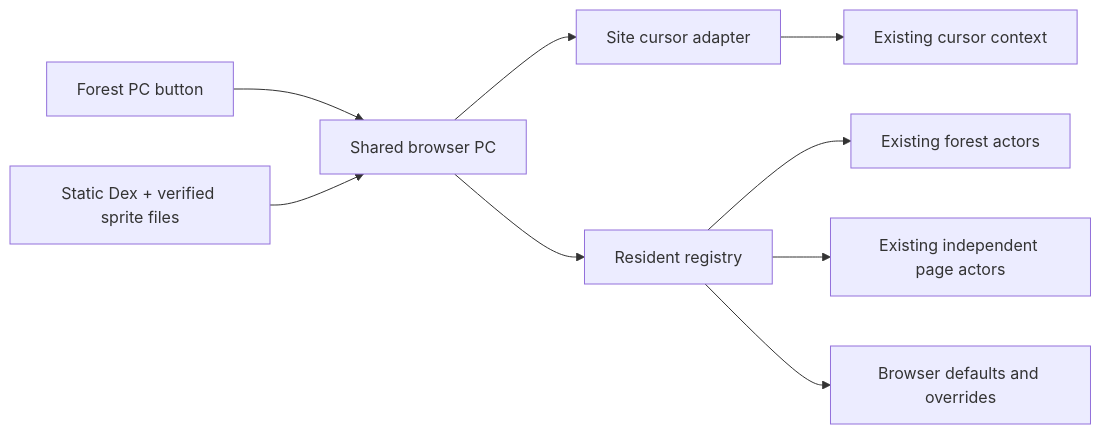
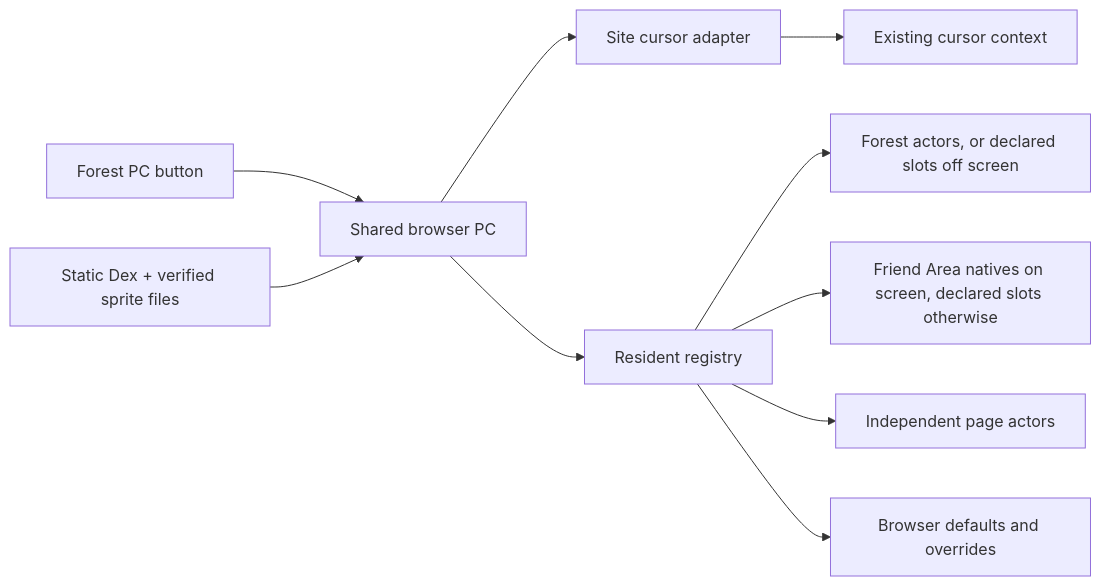
The diagram in portfolio/docs/POKEMON-PC.md (kevanwee/kevanwee), drawn with Mermaid before and after one commit. The commit also changed other lines of this file and 1986 other files, not shown here.

````diff
--- a/portfolio/docs/POKEMON-PC.md
+++ b/portfolio/docs/POKEMON-PC.md
@@ -40,11 +47,12 @@
 ```mermaid
 flowchart LR
   Cabinet[Forest PC button] --> Dialog[Shared browser PC]
   Catalog[Static Dex + verified sprite files] --> Dialog
   Dialog --> Host[Site cursor adapter]
   Dialog --> Registry[Resident registry]
-  Registry --> Forest[Existing forest actors]
-  Registry --> Page[Existing independent page actors]
+  Registry --> Forest[Forest actors, or declared slots off screen]
+  Registry --> Areas[Friend Area natives on screen, declared slots otherwise]
+  Registry --> Page[Independent page actors]
   Host --> Cursor[Existing cursor context]
   Registry --> Storage[Browser defaults and overrides]
 ```
````
